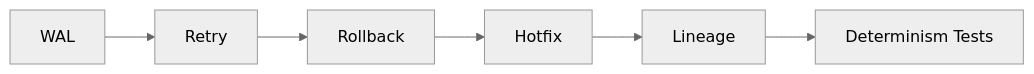
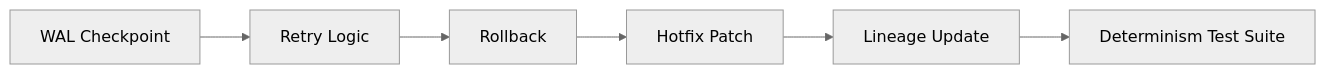
Before and after one commit to bartytime4life/Kansas-Frontier-Matrix: the diagram in ARCHITECTURE.md, drawn with Mermaid (neutral theme). The commit also changed other lines of this file, not shown here.

Commit message:
Update architecture document for v11.1.0 release

````diff
--- a/ARCHITECTURE.md
+++ b/ARCHITECTURE.md
@@ -336,8 +210,8 @@
 ```mermaid
 flowchart LR
-    W[WAL] --> R1[Retry]
+    W[WAL Checkpoint] --> R1[Retry Logic]
     R1 --> R2[Rollback]
-    R2 --> H[Hotfix]
-    H --> L[Lineage]
-    L --> T[Determinism Tests]
+    R2 --> H[Hotfix Patch]
+    H --> L[Lineage Update]
+    L --> T[Determinism Test Suite]
 ```
````
